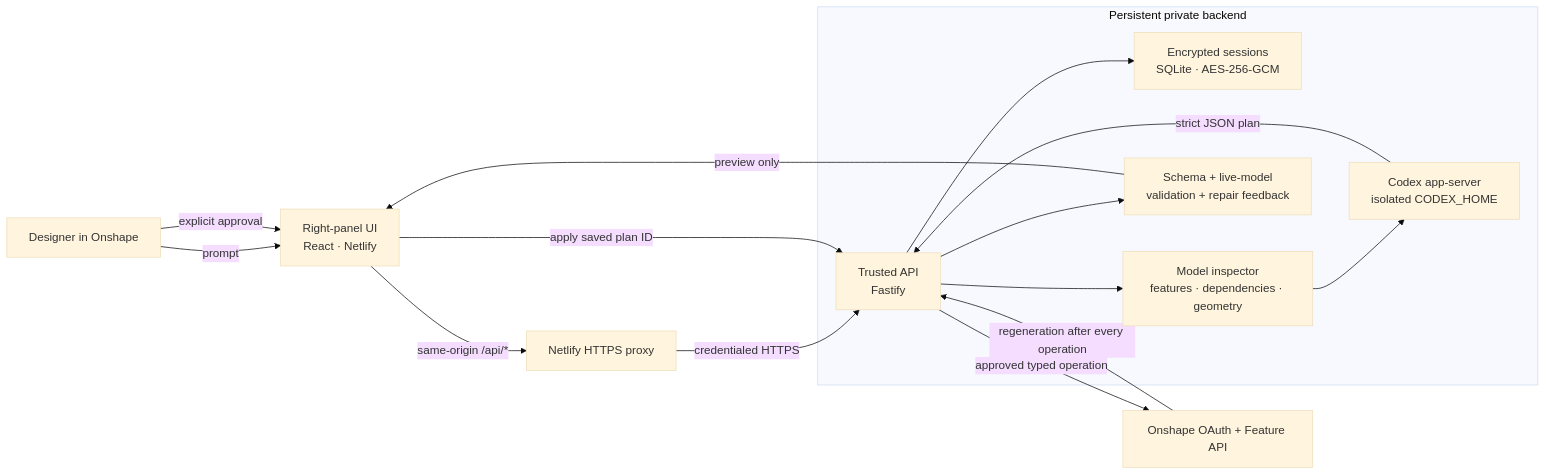
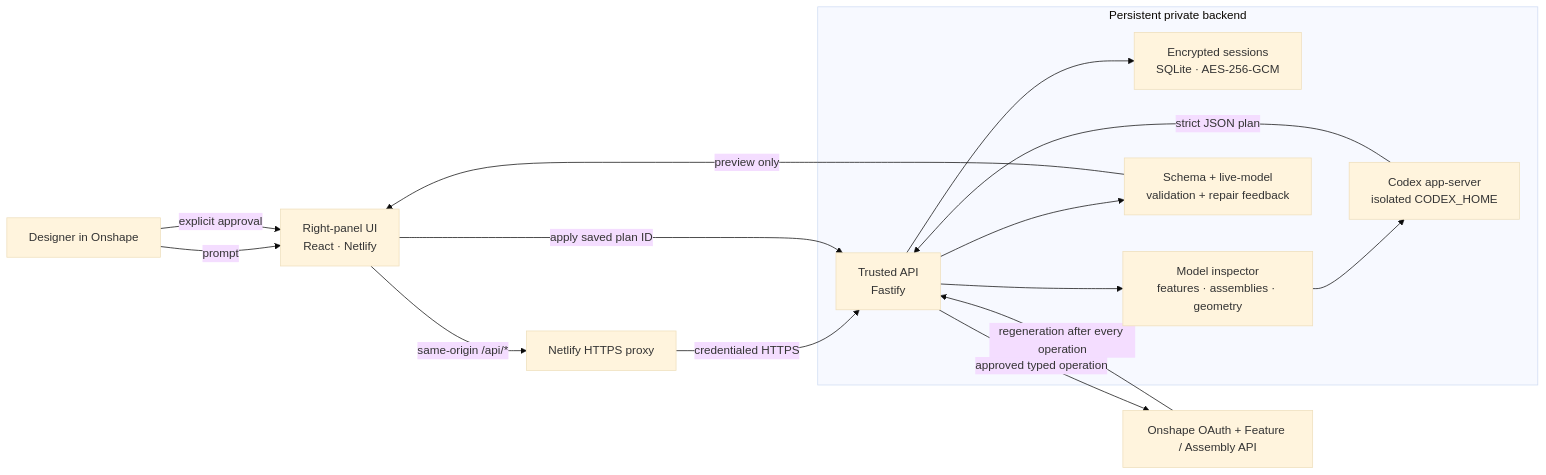
Before and after one commit to MayoWolf/MorAssistant: the second of 2 diagrams in README.md, drawn with Mermaid (base theme). The commit also changed other lines of this file and 15 other files, not shown here.

````diff
--- a/README.md
+++ b/README.md
@@ -170,20 +182,20 @@
 ```mermaid
 flowchart LR
   U["Designer in Onshape"] -->|prompt| P["Right-panel UI<br/>React · Netlify"]
   P -->|same-origin /api/*| N["Netlify HTTPS proxy"]
   N -->|credentialed HTTPS| A["Trusted API<br/>Fastify"]
 
   subgraph Backend["Persistent private backend"]
     A --> S["Encrypted sessions<br/>SQLite · AES-256-GCM"]
-    A --> I["Model inspector<br/>features · dependencies · geometry"]
+    A --> I["Model inspector<br/>features · assemblies · geometry"]
     I --> C["Codex app-server<br/>isolated CODEX_HOME"]
     C -->|strict JSON plan| A
     A --> V["Schema + live-model<br/>validation + repair feedback"]
   end
 
   V -->|preview only| P
   U -->|explicit approval| P
   P -->|apply saved plan ID| A
-  A -->|approved typed operation| O["Onshape OAuth + Feature API"]
+  A -->|approved typed operation| O["Onshape OAuth + Feature / Assembly API"]
   O -->|regeneration after every operation| A
 ```
````
